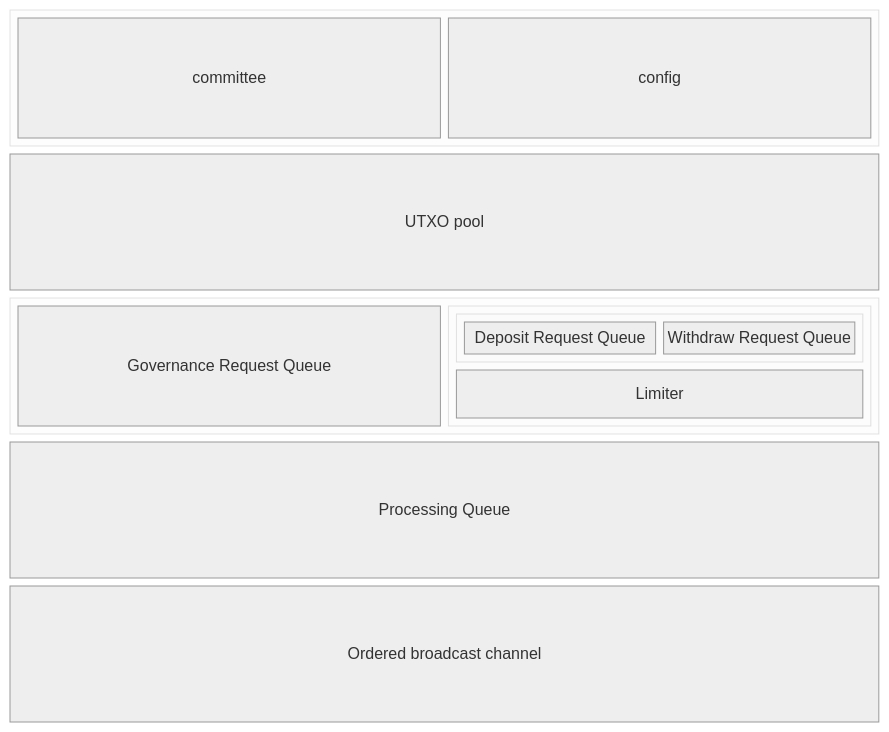
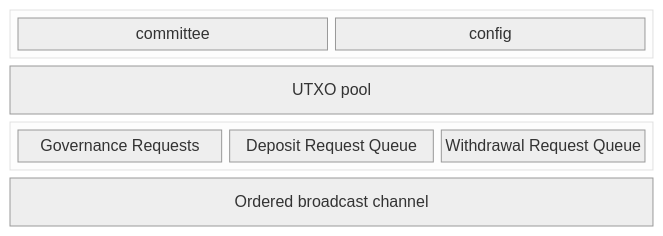
Before and after one commit to MystenLabs/hashi: the diagram in design/src/service.md, drawn with Mermaid (neutral theme). The commit also changed 10 other files, not shown here.

````diff
--- a/design/src/service.md
+++ b/design/src/service.md
@@ -25,28 +25,19 @@
 ```mermaid
 block-beta
   columns 1
 
   block
     committee
     config
   end
 
   pool["UTXO pool"]
 
   block
-    gov["Governance Request Queue"]
-
-    block
-      columns 1
-      block
-        deposits["Deposit Request Queue"]
-        withdrawals["Withdraw Request Queue"]
-      end
-      Limiter
-    end
-
+    gov["Governance Requests"]
+    deposits["Deposit Request Queue"]
+    withdrawals["Withdrawal Request Queue"]
   end
 
-  processor["Processing Queue"]
   broadcast["Ordered broadcast channel"]
 ```
````
